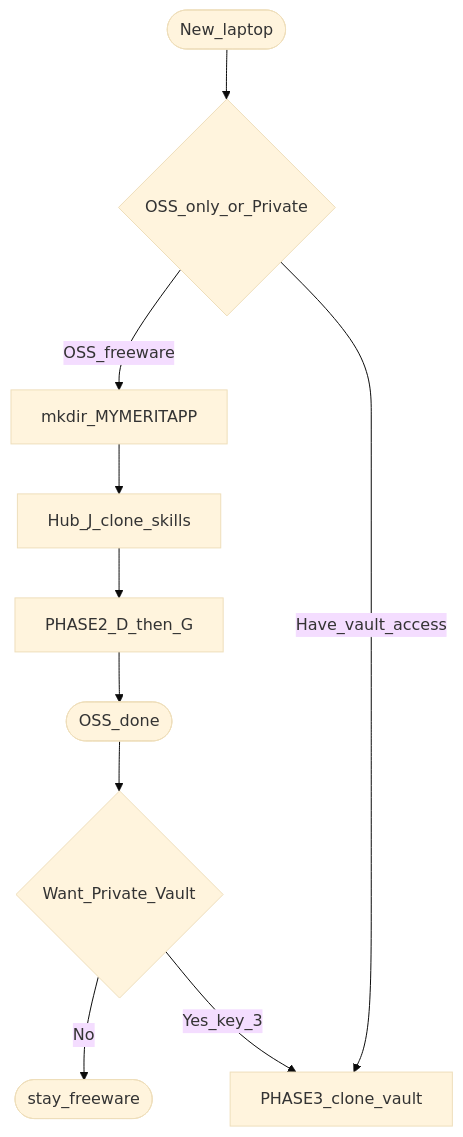
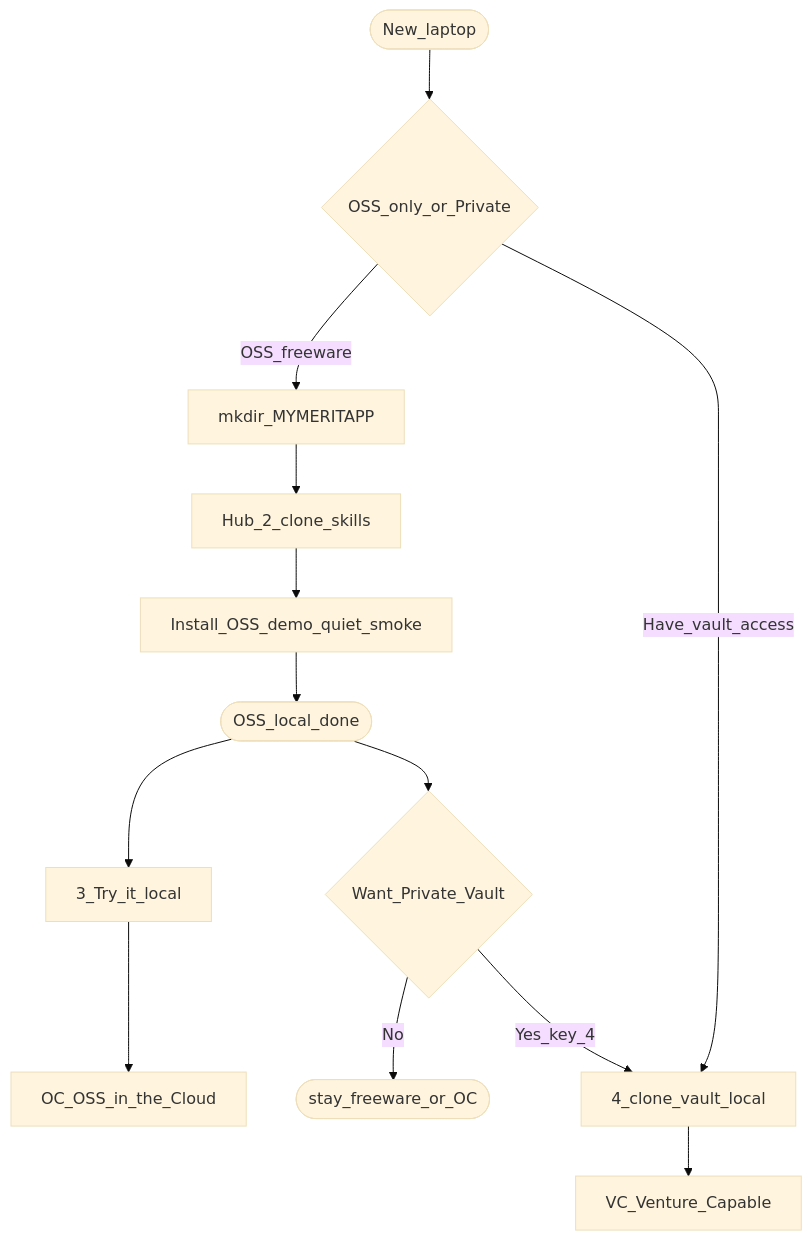
Before and after one commit to AgentDraven/merit-agent-skills: the diagram in docs/bootstrap_pathway.md, drawn with Mermaid (base theme). The commit also changed other lines of this file and 15 other files, not shown here.

````diff
--- a/docs/bootstrap_pathway.md
+++ b/docs/bootstrap_pathway.md
@@ -19,14 +19,17 @@
 ```mermaid
 flowchart TD
   start([New_laptop]) --> ossOrPriv{OSS_only_or_Private}
 
   ossOrPriv -->|OSS_freeware| ossA[mkdir_MYMERITAPP]
-  ossA --> ossB[Hub_J_clone_skills]
-  ossB --> ossC[PHASE2_D_then_G]
-  ossC --> ossDone([OSS_done])
+  ossA --> ossB[Hub_2_clone_skills]
+  ossB --> ossC[Install_OSS_demo_quiet_smoke]
+  ossC --> ossDone([OSS_local_done])
+  ossDone --> tryIt[3_Try_it_local]
+  tryIt --> oc[OC_OSS_in_the_Cloud]
   ossDone --> wantPriv{Want_Private_Vault}
-  wantPriv -->|No| stayOss([stay_freeware])
-  wantPriv -->|Yes_key_3| handoff[PHASE3_clone_vault]
+  wantPriv -->|No| stayOss([stay_freeware_or_OC])
+  wantPriv -->|Yes_key_4| handoff[4_clone_vault_local]
+  handoff --> vc[VC_Venture_Capable]
 
   ossOrPriv -->|Have_vault_access| handoff
 ```
````
